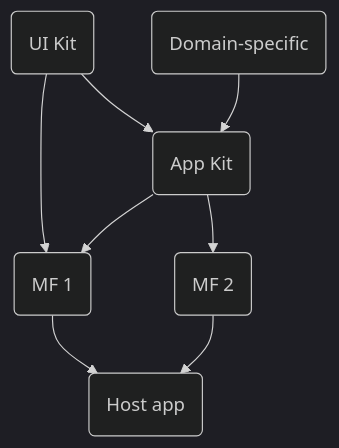
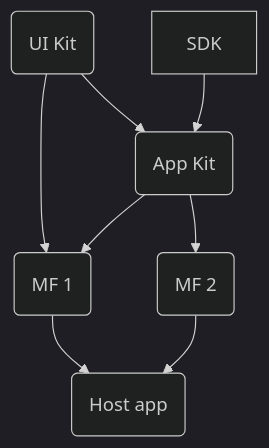
One commit to OsomePteLtd/principles changed the diagram in src/frontend.md. Above: the diagram before and after it, drawn with Mermaid (dark theme). The commit also changed other lines of this file, not shown here.

````diff
--- a/src/frontend.md
+++ b/src/frontend.md
@@ -231,10 +226,10 @@
 ```mermaid
 flowchart TD
   UK --> MF1
-  D(Domain-specific) --> AK
+  SDK --> AK
   UK(UI Kit) --> AK(App Kit)
   AK --> MF1(MF 1)
   AK --> MF2(MF 2)
   MF1 --> A(Host app)
   MF2 --> A
 ```
````
